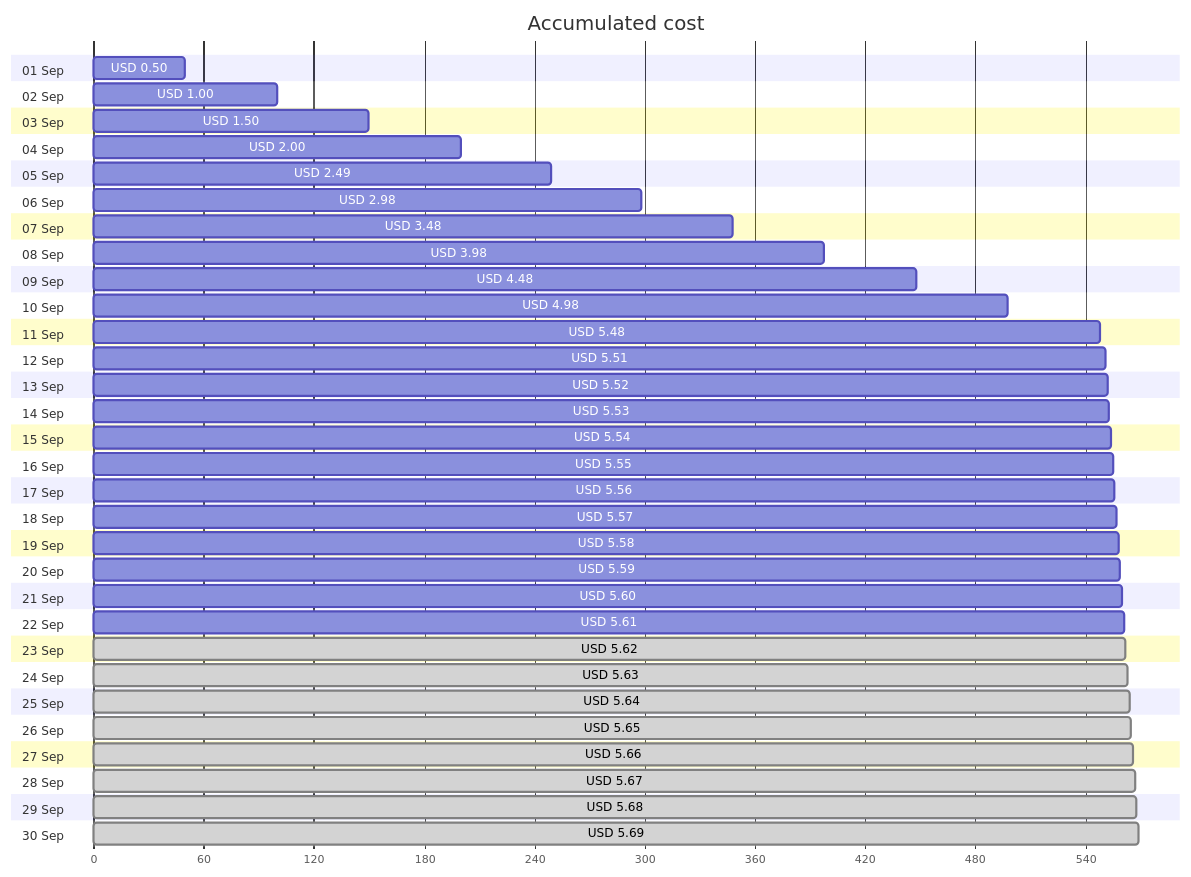
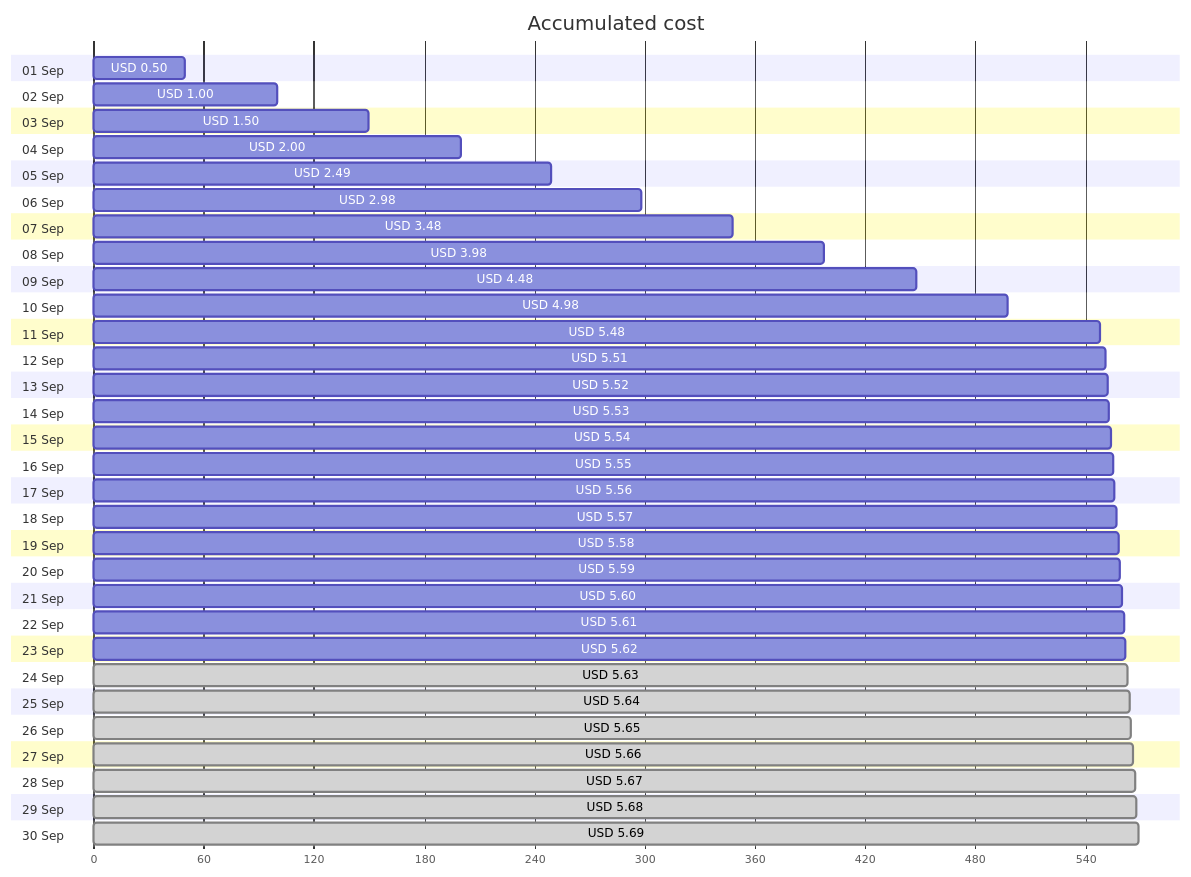
One commit to jpfulton/azure-personal-reports changed the first of 4 diagrams in cost-reports/cloud-shell-storage-eastus/README.md. Above: the diagram before and after it, drawn with Mermaid. The commit also changed other lines of this file and 1 other file, not shown here.

````diff
--- a/cost-reports/cloud-shell-storage-eastus/README.md
+++ b/cost-reports/cloud-shell-storage-eastus/README.md
@@ -20,66 +20,66 @@
 ```mermaid
 gantt
    title Accumulated cost
    dateFormat  X
    axisFormat %s
    section 01 Sep
    USD 0.50 :0, 50
    section 02 Sep
    USD 1.00 :0, 100
    section 03 Sep
    USD 1.50 :0, 150
    section 04 Sep
    USD 2.00 :0, 200
    section 05 Sep
    USD 2.49 :0, 249
    section 06 Sep
    USD 2.98 :0, 298
    section 07 Sep
    USD 3.48 :0, 348
    section 08 Sep
    USD 3.98 :0, 398
    section 09 Sep
    USD 4.48 :0, 448
    section 10 Sep
    USD 4.98 :0, 498
    section 11 Sep
    USD 5.48 :0, 548
    section 12 Sep
    USD 5.51 :0, 551
    section 13 Sep
    USD 5.52 :0, 552
    section 14 Sep
    USD 5.53 :0, 553
    section 15 Sep
    USD 5.54 :0, 554
    section 16 Sep
    USD 5.55 :0, 555
    section 17 Sep
    USD 5.56 :0, 556
    section 18 Sep
    USD 5.57 :0, 557
    section 19 Sep
    USD 5.58 :0, 558
    section 20 Sep
    USD 5.59 :0, 559
    section 21 Sep
    USD 5.60 :0, 560
    section 22 Sep
    USD 5.61 :0, 561
    section 23 Sep
-   USD 5.62 : done, 0, 562
+   USD 5.62 :0, 562
    section 24 Sep
    USD 5.63 : done, 0, 563
    section 25 Sep
    USD 5.64 : done, 0, 564
    section 26 Sep
    USD 5.65 : done, 0, 565
    section 27 Sep
    USD 5.66 : done, 0, 566
    section 28 Sep
    USD 5.67 : done, 0, 567
    section 29 Sep
    USD 5.68 : done, 0, 568
    section 30 Sep
    USD 5.69 : done, 0, 569
 ```
````
